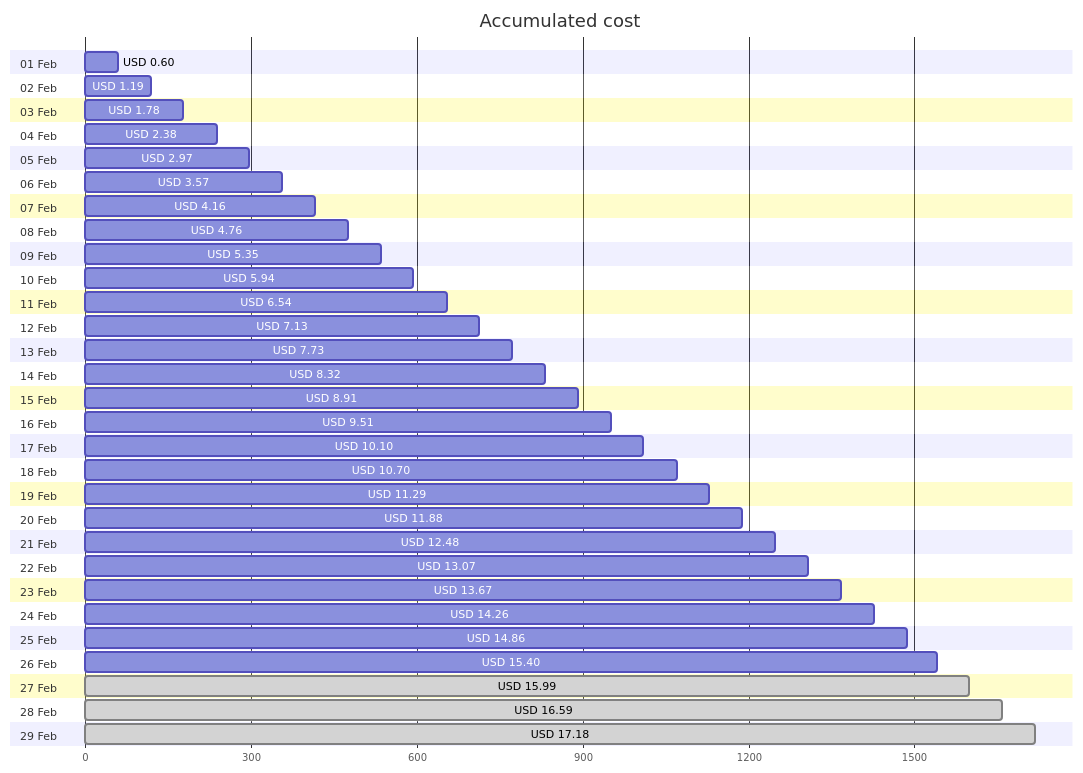
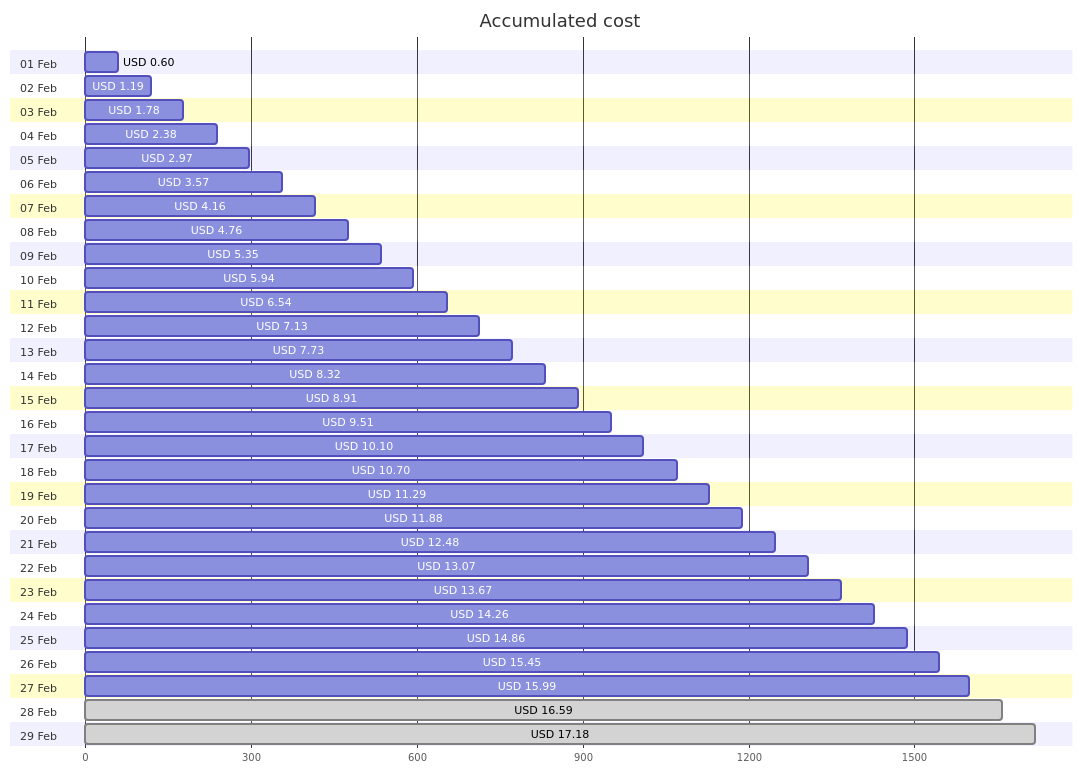
One commit to jpfulton/azure-personal-reports changed the first of 4 diagrams in cost-reports/personal-site/README.md. Above: the diagram before and after it, drawn with Mermaid. The commit also changed other lines of this file and 6 other files, not shown here.

````diff
--- a/cost-reports/personal-site/README.md
+++ b/cost-reports/personal-site/README.md
@@ -20,64 +20,64 @@
 ```mermaid
 gantt
    title Accumulated cost
    dateFormat  X
    axisFormat %s
    section 01 Feb
    USD 0.60 :0, 60
    section 02 Feb
    USD 1.19 :0, 119
    section 03 Feb
    USD 1.78 :0, 178
    section 04 Feb
    USD 2.38 :0, 238
    section 05 Feb
    USD 2.97 :0, 297
    section 06 Feb
    USD 3.57 :0, 357
    section 07 Feb
    USD 4.16 :0, 416
    section 08 Feb
    USD 4.76 :0, 476
    section 09 Feb
    USD 5.35 :0, 535
    section 10 Feb
    USD 5.94 :0, 594
    section 11 Feb
    USD 6.54 :0, 654
    section 12 Feb
    USD 7.13 :0, 713
    section 13 Feb
    USD 7.73 :0, 773
    section 14 Feb
    USD 8.32 :0, 832
    section 15 Feb
    USD 8.91 :0, 891
    section 16 Feb
    USD 9.51 :0, 951
    section 17 Feb
    USD 10.10 :0, 1010
    section 18 Feb
    USD 10.70 :0, 1070
    section 19 Feb
    USD 11.29 :0, 1129
    section 20 Feb
    USD 11.88 :0, 1188
    section 21 Feb
    USD 12.48 :0, 1248
    section 22 Feb
    USD 13.07 :0, 1307
    section 23 Feb
    USD 13.67 :0, 1367
    section 24 Feb
    USD 14.26 :0, 1426
    section 25 Feb
    USD 14.86 :0, 1486
    section 26 Feb
-   USD 15.40 :0, 1540
+   USD 15.45 :0, 1545
    section 27 Feb
-   USD 15.99 : done, 0, 1599
+   USD 15.99 :0, 1599
    section 28 Feb
    USD 16.59 : done, 0, 1659
    section 29 Feb
    USD 17.18 : done, 0, 1718
 ```
````
